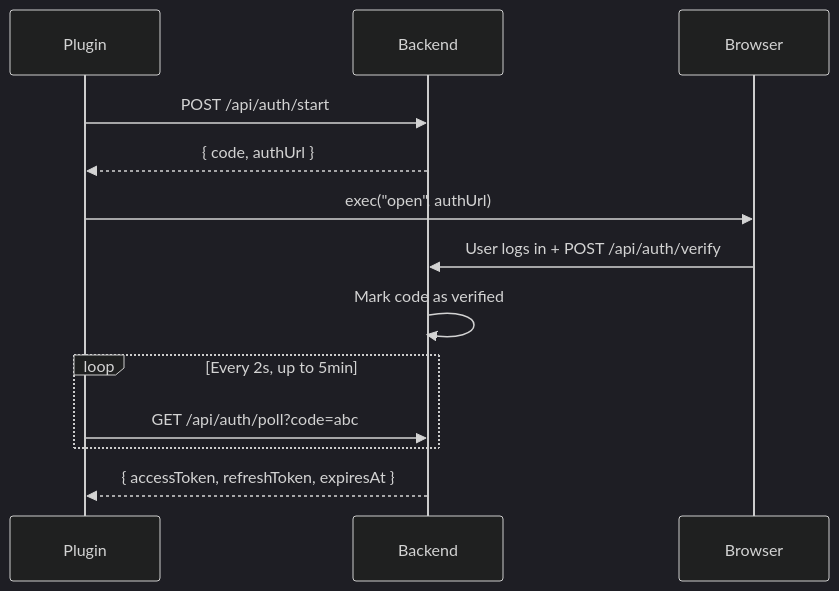
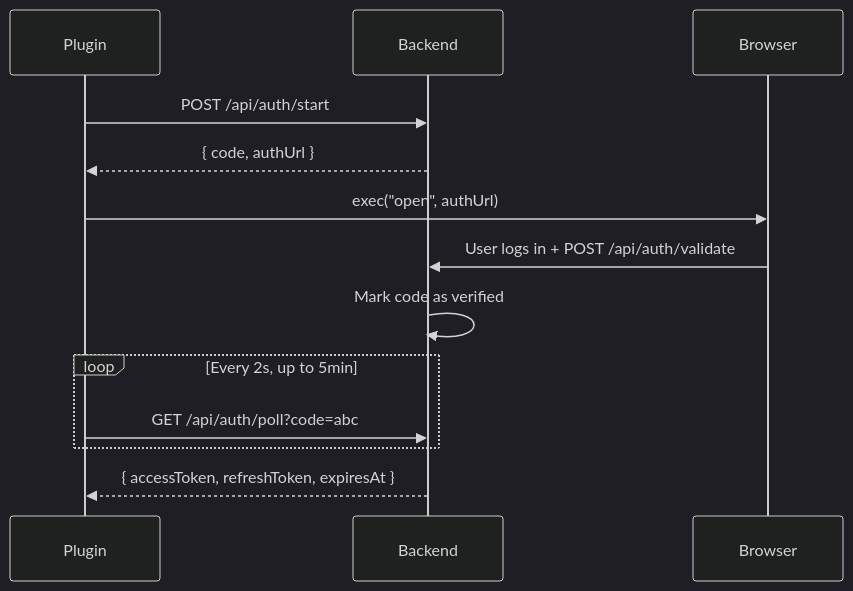
One commit to vtemian/blog.vtemian.com changed the second of 3 diagrams in content/post/building-mcp-plugin-claudebin.md. Above: the diagram before and after it, drawn with Mermaid (dark theme). The commit also changed other lines of this file, not shown here.

````diff
--- a/content/post/building-mcp-plugin-claudebin.md
+++ b/content/post/building-mcp-plugin-claudebin.md
@@ -97,16 +107,16 @@
 ```mermaid
 sequenceDiagram
     participant P as Plugin
     participant B as Backend
     participant Br as Browser
 
     P->>B: POST /api/auth/start
     B-->>P: { code, authUrl }
     P->>Br: exec("open", authUrl)
-    Br->>B: User logs in + POST /api/auth/verify
+    Br->>B: User logs in + POST /api/auth/validate
     B->>B: Mark code as verified
     loop Every 2s, up to 5min
         P->>B: GET /api/auth/poll?code=abc
     end
     B-->>P: { accessToken, refreshToken, expiresAt }
 ```
````
